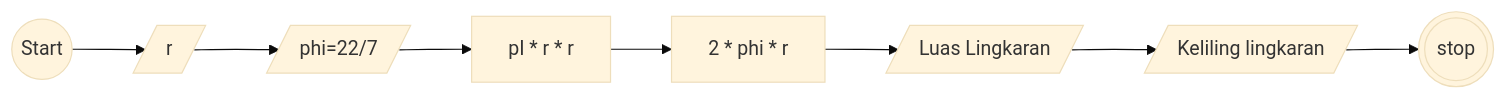
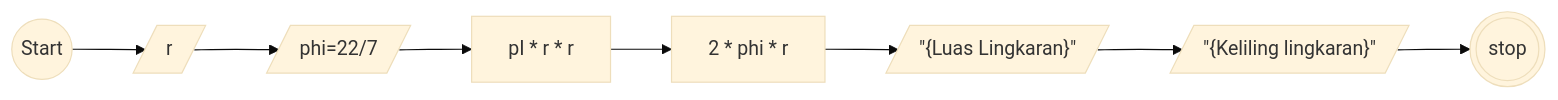
Before and after one commit to MuhammadWahyuPratama/Koda-b8-javascript1: the diagram in README.MD, drawn with Mermaid (base theme).

````diff
--- a/README.MD
+++ b/README.MD
@@ -7,21 +7,21 @@
 ```mermaid
 flowchart LR
 a@{shape: circle, label: "Start"}
 b@{shape: lean-r, label: "r" }
 c@{shape: lean-r, label: "phi=22/7"}
 d@{shape: rect, label: "pI * r * r"}
 e@{shape: rect, label: "2 * phi * r"}
-f@{shape: lean-r, label: "Luas Lingkaran"}
-g@{shape: lean-r, label: "Keliling lingkaran"}
+f@{shape: lean-r, label: '"{Luas Lingkaran}"'}
+g@{shape: lean-r, label: '"{Keliling lingkaran}"'}
 h@{shape: dbl-circ, label: "stop"}
 
 a-->b
 b-->c
 c-->d
 d-->e
 e-->f
 f-->g
 g-->h
 
 
 ```
````
